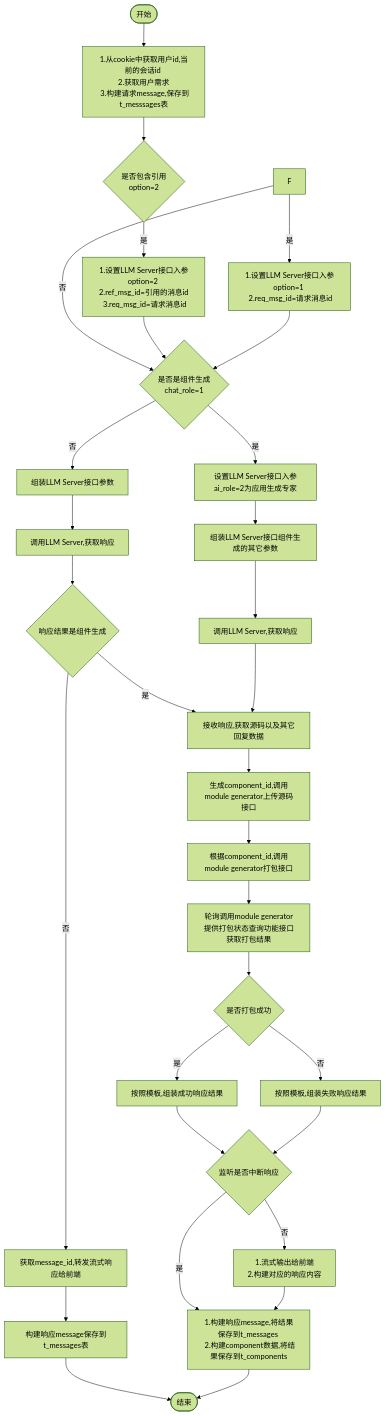
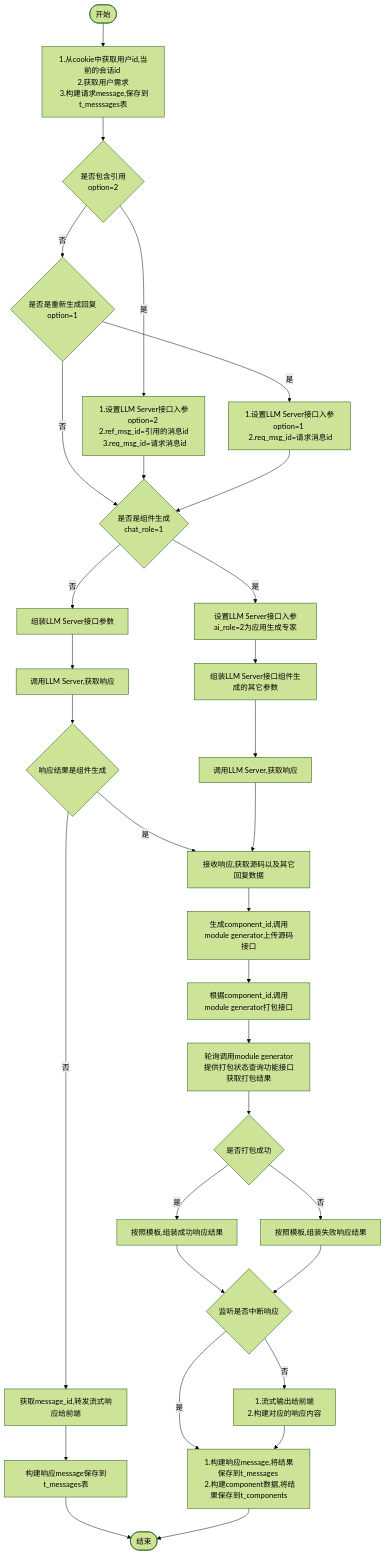
The diagram in all/未命名-8.md (yingjianzh/iodraw-files), drawn with Mermaid (forest theme) before and after one commit.

Commit message:
2024-10-16 09:21:31 update

````diff
--- a/all/未命名-8.md
+++ b/all/未命名-8.md
@@ -1,38 +1,38 @@
 ```mermaid
 flowchart TD
     A([开始]) --> B[1.从cookie中获取用户id,当前的会话id \n 2.获取用户需求 \n 3.构建请求message,保存到t_messsages表]
     B--> D{是否包含引用 \n option=2}
     D -- 是 --> E[1.设置LLM Server接口入参option=2 \n 2.ref_msg_id=引用的消息id \n 3.req_msg_id=请求消息id]
-    
+    D -- 否 --> F{是否是重新生成回复\n option=1}
     F -- 是 --> G[1.设置LLM Server接口入参option=1 \n 2.req_msg_id=请求消息id]
     F -- 否 --> I
      
     E & G --> I{是否是组件生成 \n chat_role=1}
     I -- 否 --> M[组装LLM Server接口参数] 
     I -- 是 --> J[设置LLM Server接口入参ai_role=2为应用生成专家]
     
 
     J --> L[组装LLM Server接口组件生成的其它参数]    
     M --> N[调用LLM Server,获取响应]
     N --> H{响应结果是组件生成}   
     H -- 是 --> T 
     H -- 否 --> O[获取message_id,转发流式响应给前端]
     O --> P[构建响应message保存到t_messages表]
     P --> R([结束])
 
 
     L --> S[调用LLM Server,获取响应]
     S --> T[接收响应,获取源码以及其它回复数据]
     T --> U[生成component_id,调用module generator上传源码接口]
     U --> V[根据component_id,调用module generator打包接口]
     V --> W[轮询调用module generator提供打包状态查询功能接口获取打包结果]
     W --> X{是否打包成功}
     X -- 是 --> Y[按照模板,组装成功响应结果]
     X -- 否 --> Z[按照模板,组装失败响应结果]
     Y & Z --> Done{监听是否中断响应}
     Done -- 是 --> Result
     Done -- 否 --> OutPut[1.流式输出给前端 \n 2.构建对应的响应内容]
 
     OutPut --> Result[1.构建响应message,将结果保存到t_messages \n 2.构建component数据,将结果保存到t_components]
     Result --> R
 ```
````
